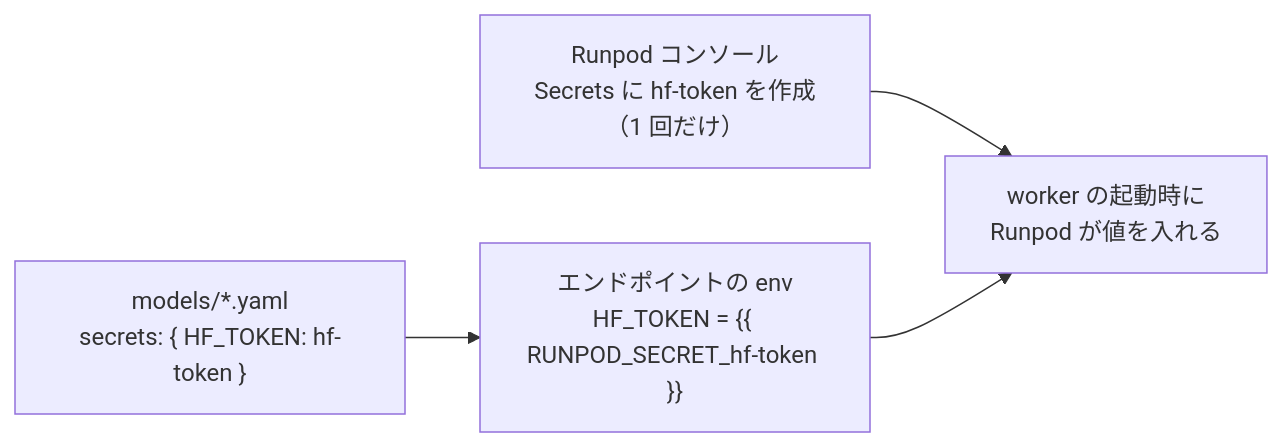
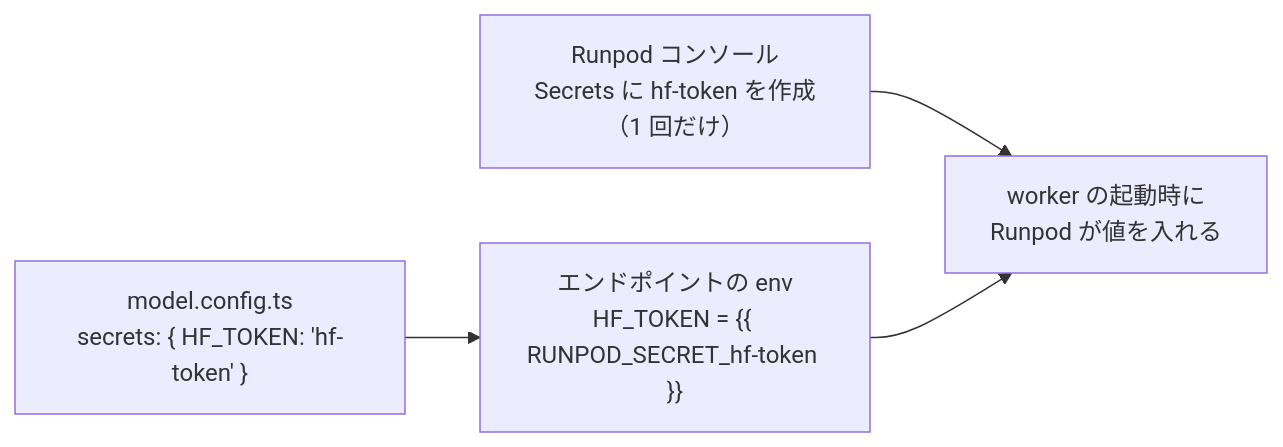
The fourth of 4 diagrams in README.md (YuSa0-6/loorel), drawn with Mermaid before and after one commit. The commit also changed other lines of this file and 19 other files, not shown here.

````diff
--- a/README.md
+++ b/README.md
@@ -287,6 +356,6 @@
 ```mermaid
 flowchart LR
   S["Runpod コンソール<br>Secrets に hf-token を作成（1 回だけ）"] --> W
-  Y["models/*.yaml<br>secrets: { HF_TOKEN: hf-token }"] --> E["エンドポイントの env<br>HF_TOKEN = {{ RUNPOD_SECRET_hf-token }}"]
+  Y["model.config.ts<br>secrets: { HF_TOKEN: 'hf-token' }"] --> E["エンドポイントの env<br>HF_TOKEN = {{ RUNPOD_SECRET_hf-token }}"]
   E --> W["worker の起動時に<br>Runpod が値を入れる"]
 ```
````
